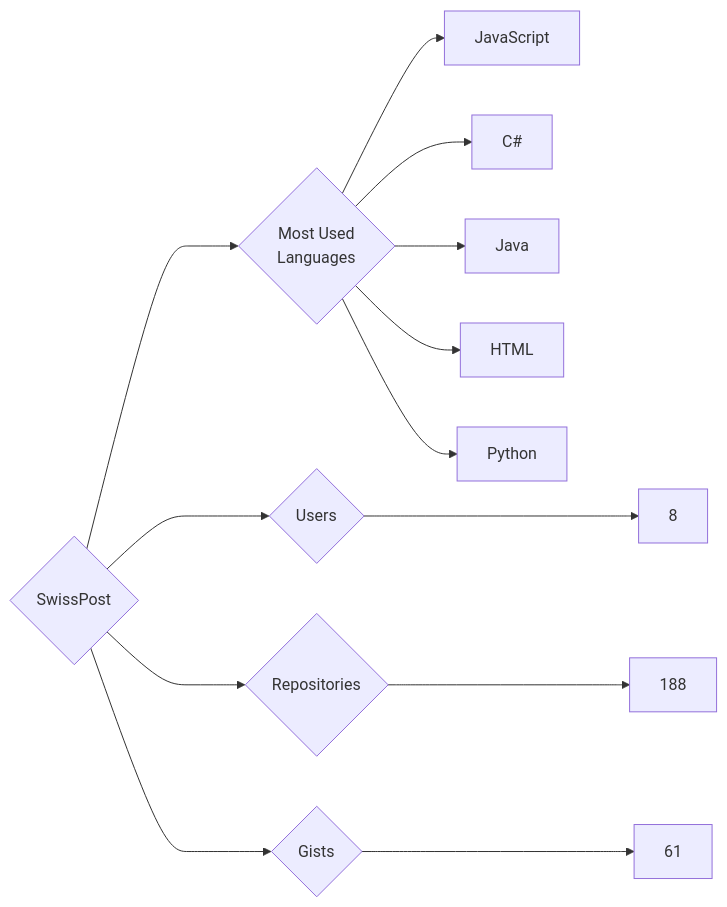
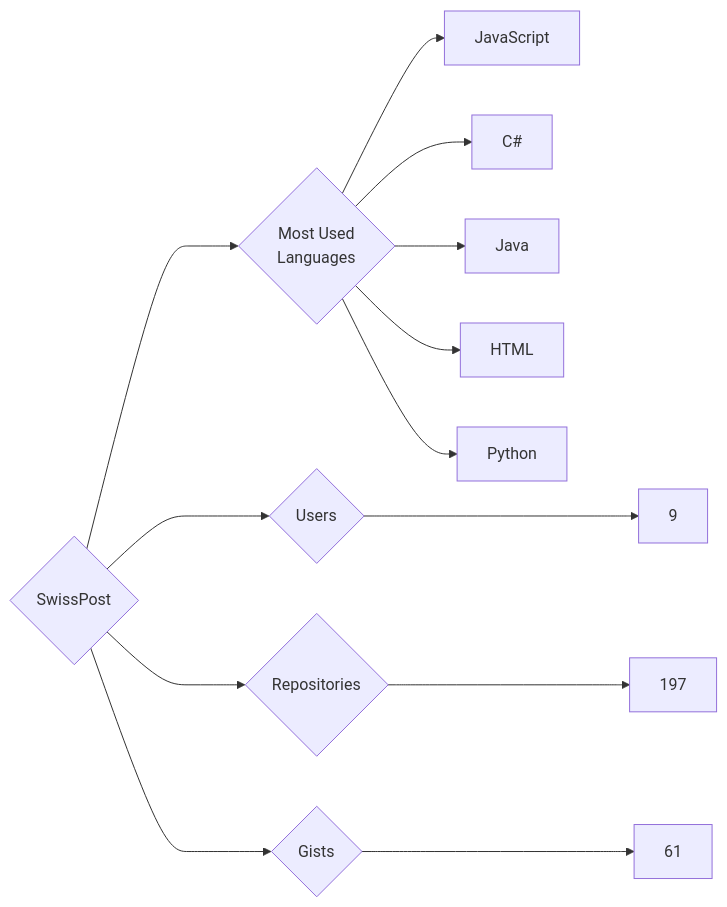
The diagram in targets/SwissPost/README.md (trickest/insiders), drawn with Mermaid before and after one commit. The commit also changed 953 other files, not shown here.

````diff
--- a/targets/SwissPost/README.md
+++ b/targets/SwissPost/README.md
@@ -3,13 +3,13 @@
 ```mermaid
 graph LR
 COMPANY_NAME{SwissPost}
-COMPANY_NAME ---> U{Users} ---> UN[8]
-COMPANY_NAME ---> R{Repositories} ---> RN[188]
+COMPANY_NAME ---> U{Users} ---> UN[9]
+COMPANY_NAME ---> R{Repositories} ---> RN[197]
 COMPANY_NAME ---> G{Gists} ---> GN[61]
 COMPANY_NAME ---> ML{Most Used<br>Languages}
 ML --> JavaScript[JavaScript]
 ML --> C#[C#]
 ML --> Java[Java]
 ML --> HTML[HTML]
 ML --> Python[Python]
 ```
````
